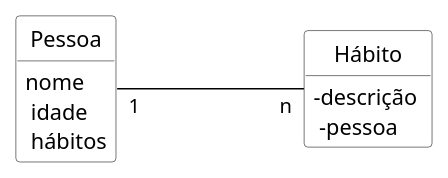
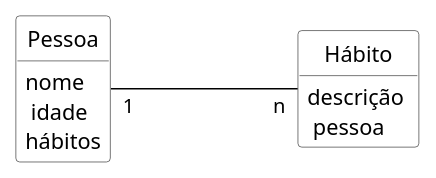
The diagram in imagens/modelos-02/mod02ima02/mod02ima02.plantuml (kyriosdata/oo), drawn with PlantUML before and after one commit.

```diff
--- a/imagens/modelos-02/mod02ima02/mod02ima02.plantuml
+++ b/imagens/modelos-02/mod02ima02/mod02ima02.plantuml
@@ -1,18 +1,18 @@
 @startuml mod02ima02
 hide circle
 hide methods
 hide empty members
 
 skinparam class {
     BackgroundColor White
     ArrowColor Black
     BorderColor #505050
 }
 skinparam classAttributeIconSize 0
 class "Pessoa" as pe
 class "Hábito" as ha
-pe : nome \n idade \n hábitos
-ha : -descrição \n -pessoa
+pe : nome \n idade \nhábitos
+ha : descrição \n pessoa
 left to right direction
 pe"1" --- "n"ha
 @enduml
```
